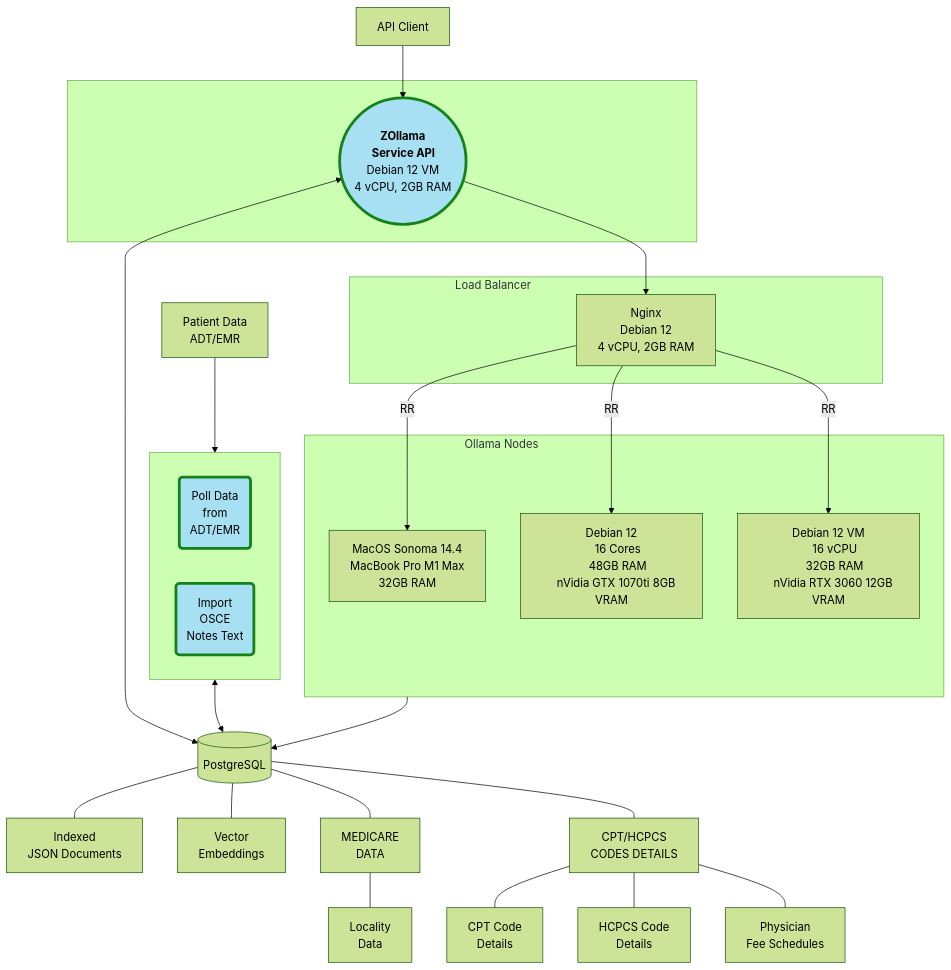
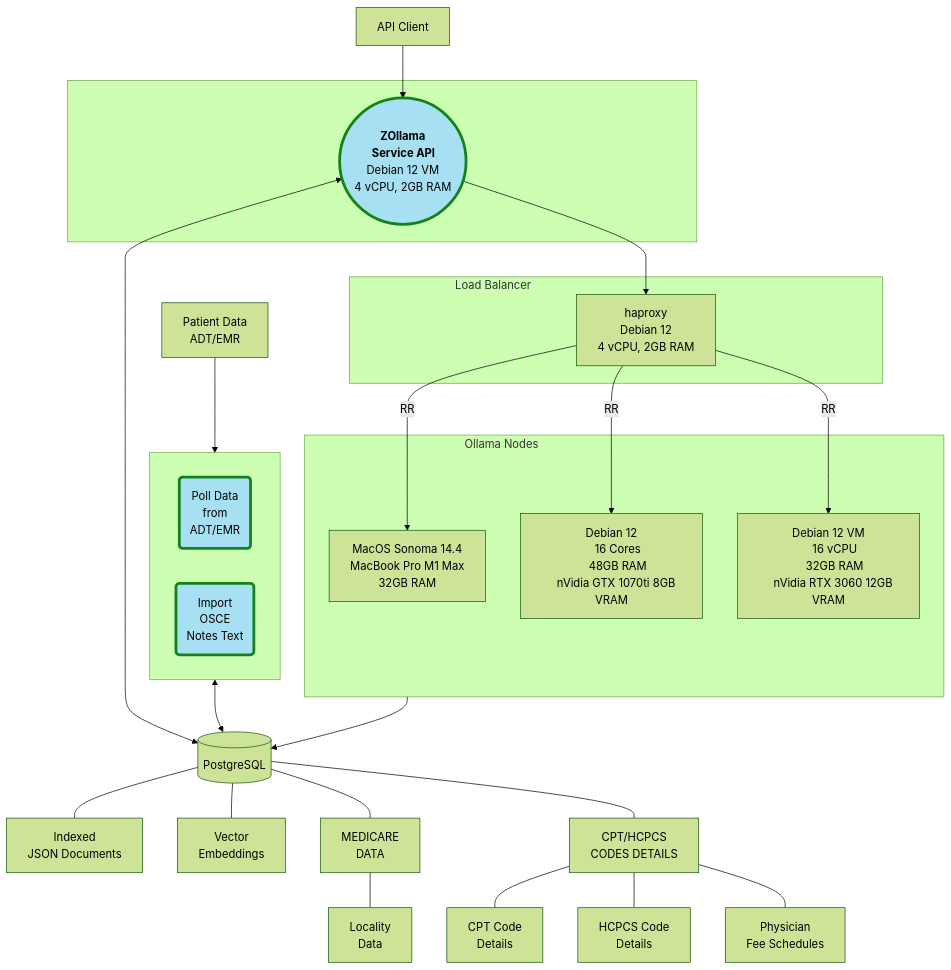
Before and after one commit to ovaisq/LLM-MedBillingForecast: the first of 3 diagrams in README.md, drawn with Mermaid.

Commit message:
replace nginx with haproxy

````diff
--- a/README.md
+++ b/README.md
@@ -4,71 +4,71 @@
 ```mermaid
 %%{init: {'theme': 'forest'}}%%
 graph TD;
   style ZZ fill:#a7e0f2,stroke:#13821a,stroke-width:4px
   style DataPoll fill:#a7e0f2,stroke:#13821a,stroke-width:4px
   style Import fill:#a7e0f2,stroke:#13821a,stroke-width:4px
   Client["API Client"]
   PatientData["Patient Data
   ADT/EMR"]
   PSQL[("PostgreSQL")]
   subgraph DP[ ]
   DataPoll("Poll Data
   from
   ADT/EMR")
   Import("Import
   OSCE
   Notes Text")
   end
   subgraph Zollama[ ]
     ZZ(("`**ZOllama
     &nbsp&nbsp&nbsp&nbspService&nbspAPI**`"&nbsp&nbsp&nbsp
     Debian 12 VM
     &nbsp&nbsp&nbsp4 vCPU, 2GB RAM&nbsp&nbsp&nbsp ))
   end
   subgraph Load_Balancer["Load Balancer"&nbsp&nbsp&nbsp&nbsp&nbsp&nbsp&nbsp&nbsp&nbsp&nbsp&nbsp&nbsp&nbsp&nbsp&nbsp&nbsp&nbsp&nbsp&nbsp&nbsp&nbsp&nbsp&nbsp&nbsp&nbsp&nbsp&nbsp&nbsp&nbsp&nbsp&nbsp&nbsp&nbsp&nbsp&nbsp&nbsp&nbsp&nbsp&nbsp&nbsp&nbsp&nbsp&nbsp&nbsp&nbsp&nbsp&nbsp&nbsp&nbsp&nbsp&nbsp&nbsp&nbsp&nbsp&nbsp&nbsp&nbsp&nbsp&nbsp&nbsp&nbsp&nbsp&nbsp&nbsp&nbsp&nbsp&nbsp&nbsp&nbsp&nbsp&nbsp&nbsp&nbsp&nbsp&nbsp&nbsp&nbsp&nbsp]
-    Nginx["Nginx
+    Nginx["haproxy
     Debian 12
     4 vCPU, 2GB RAM"]
   end
   
   subgraph Nodes["Ollama Nodes"&nbsp&nbsp&nbsp&nbsp&nbsp&nbsp&nbsp&nbsp&nbsp&nbsp&nbsp&nbsp&nbsp&nbsp&nbsp&nbsp&nbsp&nbsp&nbsp&nbsp&nbsp&nbsp&nbsp&nbsp&nbsp&nbsp&nbsp&nbsp&nbsp&nbsp&nbsp&nbsp&nbsp&nbsp&nbsp&nbsp&nbsp&nbsp&nbsp&nbsp&nbsp&nbsp&nbsp&nbsp&nbsp&nbsp&nbsp&nbsp&nbsp&nbsp&nbsp&nbsp&nbsp&nbsp&nbsp&nbsp&nbsp&nbsp&nbsp&nbsp&nbsp&nbsp&nbsp&nbsp&nbsp&nbsp&nbsp&nbsp&nbsp&nbsp&nbsp&nbsp&nbsp&nbsp&nbsp&nbsp&nbsp&nbsp]
     Node1[MacOS Sonoma 14.4
     MacBook Pro M1 Max
     32GB RAM]
     Node2[Debian 12
     16 Cores
     48GB RAM
     nVidia GTX 1070ti 8GB VRAM]
     Node3[Debian 12 VM
     16 vCPU
     32GB RAM
     nVidia RTX 3060 12GB VRAM]
   end
   
   Nginx -- RR --> Node1
   Nginx -- RR --> Node2
   Nginx -- RR --> Node3
   ZZ --> Nginx
   PatientData --> DP <--> PSQL
   Client --> ZZ
   Nodes --> PSQL
   ZZ <--> PSQL
   PSQL --- JSONB["
   Indexed
   JSON Documents"]
   PSQL --- VECTOR["Vector 
   Embeddings"]
   PSQL --- M["MEDICARE
   DATA"]
   PSQL --- C["CPT/HCPCS
   CODES DETAILS"]
   M --- N["Locality
   Data"]
   C --- CPT["CPT Code
   Details"]
   C --- HCPCS["HCPCS Code
   Details"]
   C --- P["Physician
   Fee Schedules"]
 
 ```
````
